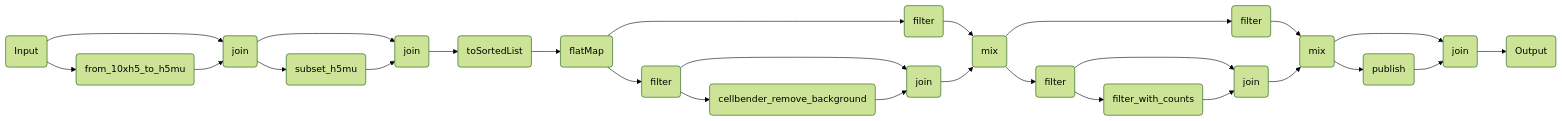
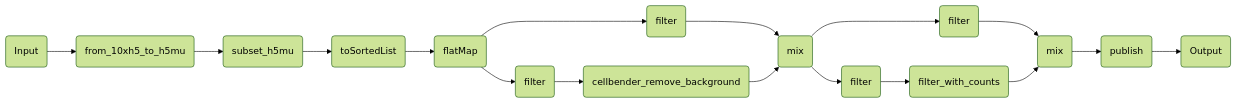
Before and after one commit to openpipelines-bio/website: the diagram in components/workflows/ingestion/cellranger_postprocessing.qmd, drawn with Mermaid (forest theme). The commit also changed other lines of this file and 15 other files, not shown here.

````diff
--- a/components/workflows/ingestion/cellranger_postprocessing.qmd
+++ b/components/workflows/ingestion/cellranger_postprocessing.qmd
@@ -113,51 +115,36 @@
 ```{mermaid}
 %%| column: screen-inset-shaded
 flowchart LR
     p0(Input)
-    p9(join)
     p7(from_10xh5_to_h5mu)
-    p19(join)
     p17(subset_h5mu)
     p23(toSortedList)
     p25(flatMap)
     p27(filter)
-    p35(join)
     p33(cellbender_remove_background)
     p39(mix)
     p38(filter)
     p40(filter)
-    p49(join)
     p47(filter_with_counts)
     p52(mix)
     p51(filter)
-    p61(join)
     p59(publish)
     p66(Output)
     p38-->p39
     p39-->p40
     p39-->p51
     p51-->p52
-    p0-->p9
     p0-->p7
-    p7-->p9
-    p9-->p19
-    p9-->p17
-    p17-->p19
-    p19-->p23
+    p7-->p17
+    p17-->p23
     p23-->p25
     p25-->p27
     p25-->p38
-    p27-->p35
     p27-->p33
-    p33-->p35
-    p35-->p39
-    p40-->p49
+    p33-->p39
     p40-->p47
-    p47-->p49
-    p49-->p52
-    p52-->p61
+    p47-->p52
     p52-->p59
-    p59-->p61
-    p61-->p66
+    p59-->p66
 
 ```
````
